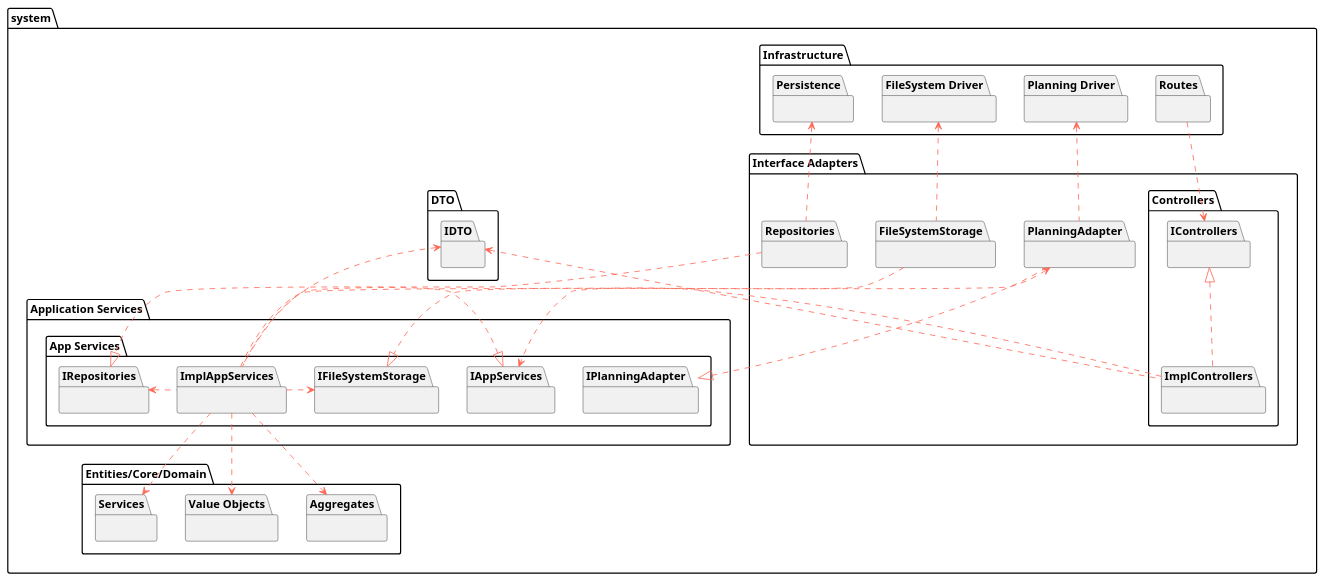
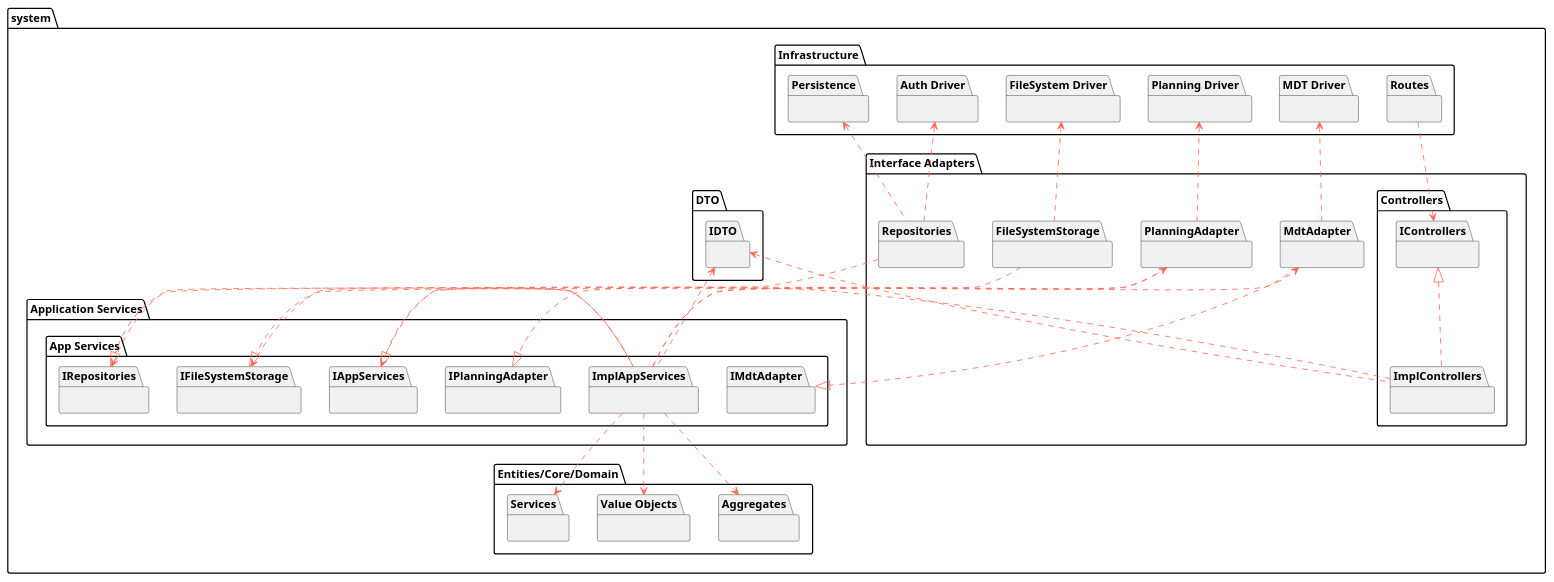
Before and after one commit to Departamento-de-Engenharia-Informatica/lapr5-23-24-g19: the diagram in docs/general-purpose/level3/implementation-view.puml, drawn with PlantUML. The commit also changed 8 other files, not shown here.

```diff
--- a/docs/general-purpose/level3/implementation-view.puml
+++ b/docs/general-purpose/level3/implementation-view.puml
@@ -1,102 +1,117 @@
 @startuml
 
 skinparam component {
     FontSize 16
     BackgroundColor<<Apache>> LightCoral
     BorderColor<<Apache>> #FF6655
     FontName Courier
     BorderColor black
     BackgroundColor DeepSkyBlue
     ArrowFontName Impact
     ArrowColor #FF6655
 }
 
 package system {
     package "Infrastructure" {
         package "Routes" {
         }
 
         package "Persistence" {
         }
 
         package "FileSystem Driver" {
         }
-        
+
         package "Planning Driver" {
+        }
+        package "MDT Driver" {
+        }
+        package "Auth Driver" {
         }
     }
 
     package "Interface Adapters" {
         package "Controllers" {
             package "IControllers" {
             }
 
             package "ImplControllers" {
             }
         }
 
         package "Repositories" {
         }
 
         package "FileSystemStorage" {
         }
 
         package "PlanningAdapter" {
         }
+        package "MdtAdapter"{
+        }
     }
 
     package "Application Services" {
         package "App Services" {
             package "IAppServices" {
             }
 
             package "ImplAppServices" {
             }
 
             package "IRepositories" {
             }
 
             package "IFileSystemStorage" {
             }
             package "IPlanningAdapter" {
             }
+            package "IMdtAdapter" {
+            }
         }
     }
+
     package "DTO" {
         package "IDTO" as dto{
         }
     }
 
     package "Entities/Core/Domain" {
         package "Aggregates" {
         }
 
         package "Value Objects" {
         }
 
         package "Services" {
         }
     }
+
     "Routes" .down.> "IControllers"
     "ImplControllers" .up.|> "IControllers"
     "ImplControllers" .down.> "IAppServices"
     "ImplAppServices" .left.|> "IAppServices"
     "ImplAppServices" .left.> "IRepositories"
     "ImplAppServices" .right.> "IFileSystemStorage"
     "ImplAppServices" .right.> "PlanningAdapter"
+    "ImplAppServices" .right.> "MdtAdapter"
     "ImplAppServices" .down.> "Aggregates"
     "ImplAppServices" .down.> "Value Objects"
     "ImplAppServices" .down.> "Services"
     "ImplAppServices" .up.> dto
     "ImplControllers" .up.> dto
     "Repositories" .up.> "Persistence"
+    "Repositories" .up.> "Auth Driver"
     "Repositories" .down.|> "IRepositories"
 
     "FileSystemStorage" .up.> "FileSystem Driver"
     "FileSystemStorage" .down.|> "IFileSystemStorage"
 
     "PlanningAdapter" .up.> "Planning Driver"
     "PlanningAdapter" .down.|> "IPlanningAdapter"
+
+    "MdtAdapter" .up.> "MDT Driver"
+    "MdtAdapter" .down.|> "IMdtAdapter"
 }
 
 @enduml
```
